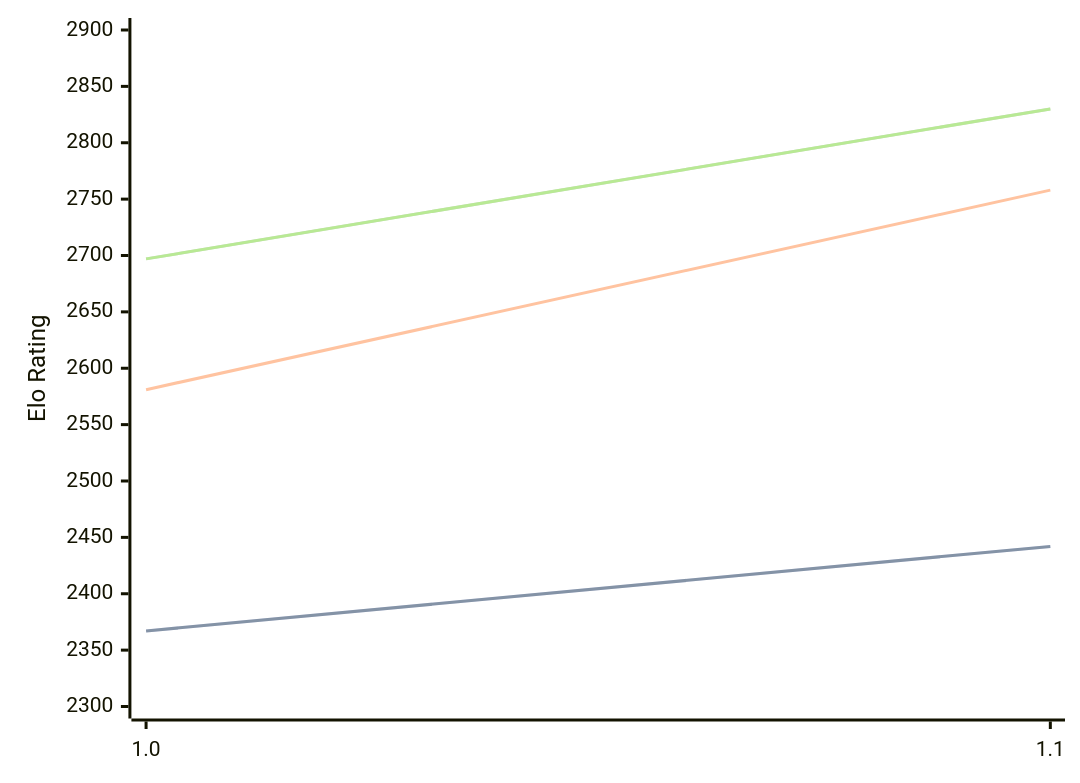
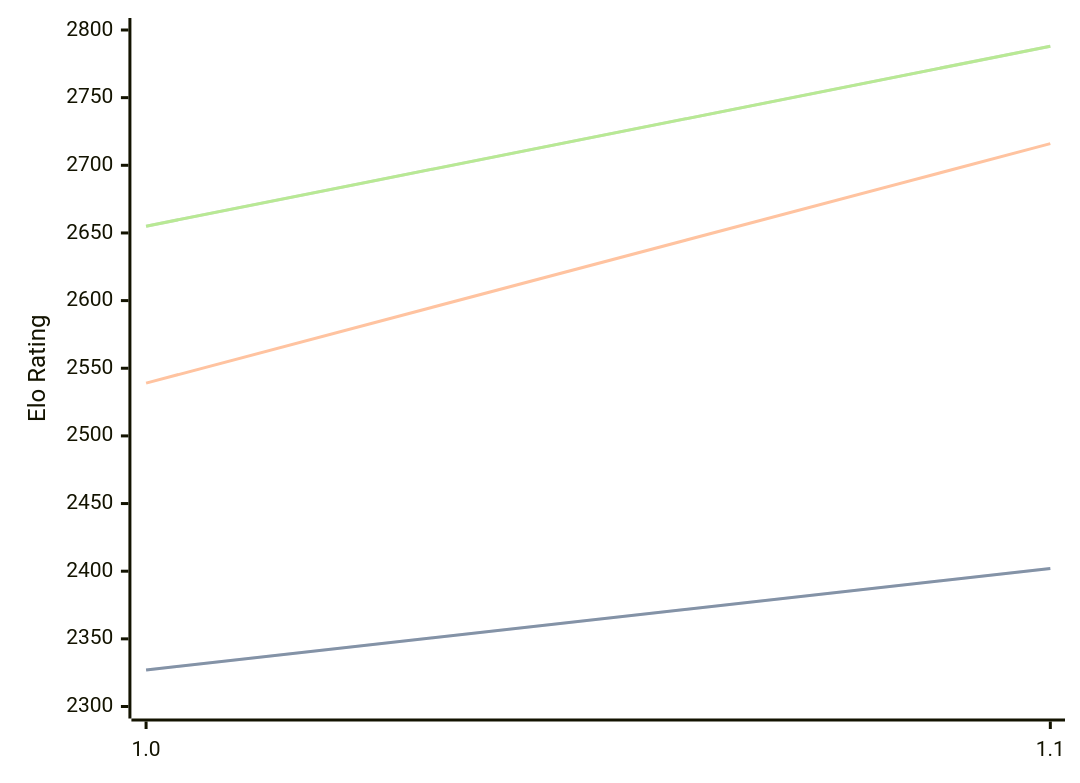
Before and after one commit to computer-chess-index/cci: the diagram in engines/FoxChess.md, drawn with Mermaid. The commit also changed other lines of this file, not shown here.

Commit message:
Update CCI Ratings (ELO VLTC) - 2026-05-19

````diff
--- a/engines/FoxChess.md
+++ b/engines/FoxChess.md
@@ -32,11 +32,11 @@
 ```mermaid
 %%{init: {"theme":"base","themeVariables":{"seriesColors:['#a3a3a3','#222221','#faa371']}}}%%
 xychart-beta
   x-axis ["1.0", "1.1"]
-  y-axis "Elo Rating" 2300 --> 2900
-  line "STC (8.0+0.08s)" [2367, 2442]
-  line "STC (8.0+0.08s)" [2367, 2442]
-  line "LTC (60.0+0.60s)" [2581, 2758]
-  line "VLTC (2m24s+1.12s)" [2697, 2830]
-  line "VLTC (2m24s+1.12s)" [2697, 2830]
+  y-axis "Elo Rating" 2300 --> 2800
+  line "STC (8.0+0.08s)" [2327, 2402]
+  line "STC (8.0+0.08s)" [2327, 2402]
+  line "LTC (60.0+0.60s)" [2539, 2716]
+  line "VLTC (2m24s+1.12s)" [2655, 2788]
+  line "VLTC (2m24s+1.12s)" [2655, 2788]
 ```
````
